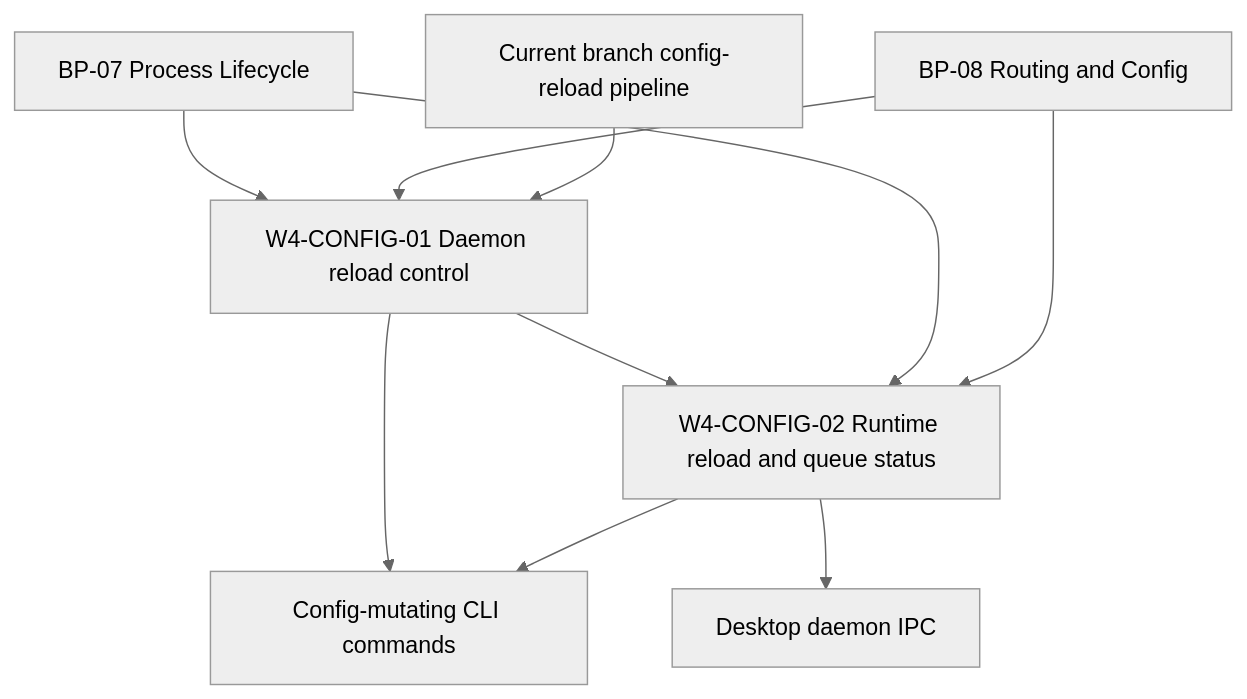
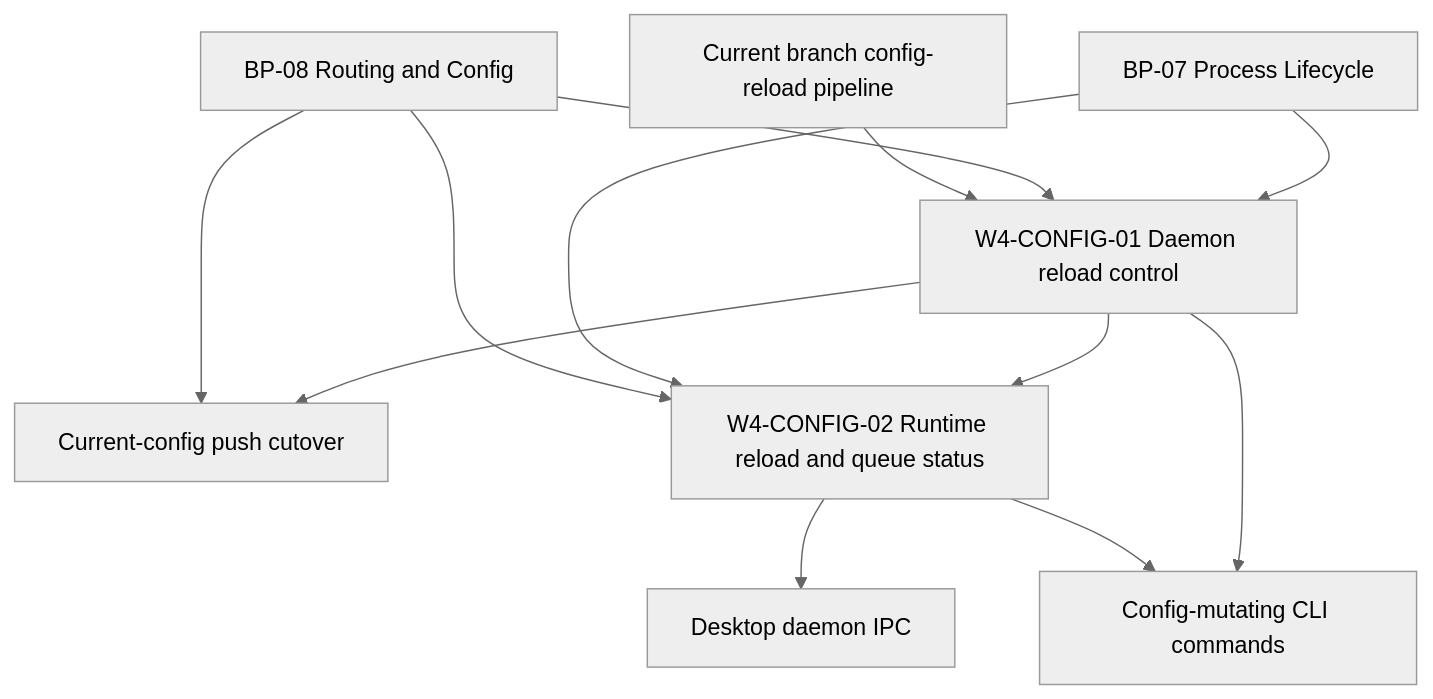
One commit to mendeleden/jin changed the diagram in .execution/program.md. Above: the diagram before and after it, drawn with Mermaid (neutral theme). The commit also changed other lines of this file and 28 other files, not shown here.

Commit message:
fix: harden config push cutover

````diff
--- a/.execution/program.md
+++ b/.execution/program.md
@@ -20,20 +20,23 @@
 ```mermaid
 flowchart TD
   BP07[BP-07 Process Lifecycle]
   BP08[BP-08 Routing and Config]
   ReloadPipeline[Current branch config-reload pipeline]
   W4C01[W4-CONFIG-01 Daemon reload control]
+  PushCutover[Current-config push cutover]
   W4C02[W4-CONFIG-02 Runtime reload and queue status]
   Desktop[Desktop daemon IPC]
   CLI[Config-mutating CLI commands]
 
   BP07 --> W4C01
   BP08 --> W4C01
   ReloadPipeline --> W4C01
+  W4C01 --> PushCutover
+  BP08 --> PushCutover
   W4C01 --> CLI
   W4C01 --> W4C02
   BP07 --> W4C02
   BP08 --> W4C02
   W4C02 --> Desktop
   W4C02 --> CLI
 ```
````
